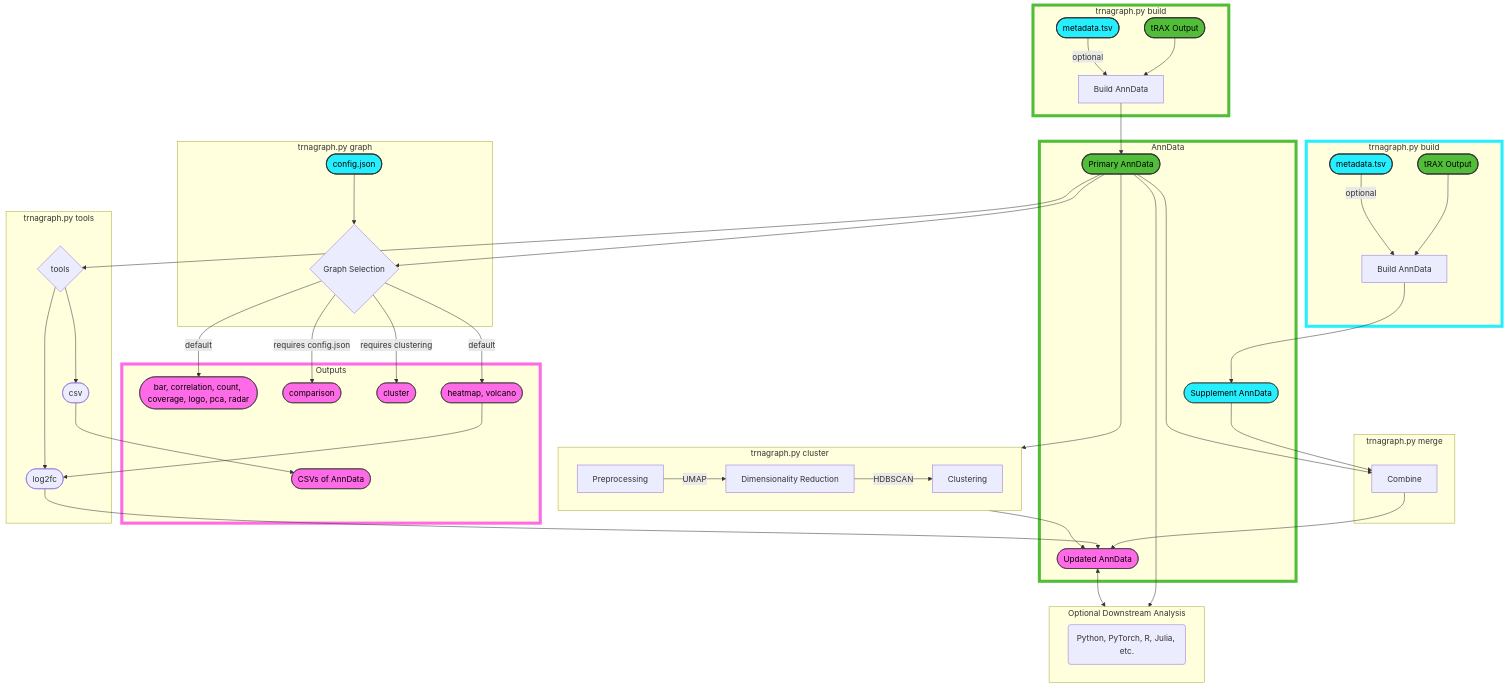
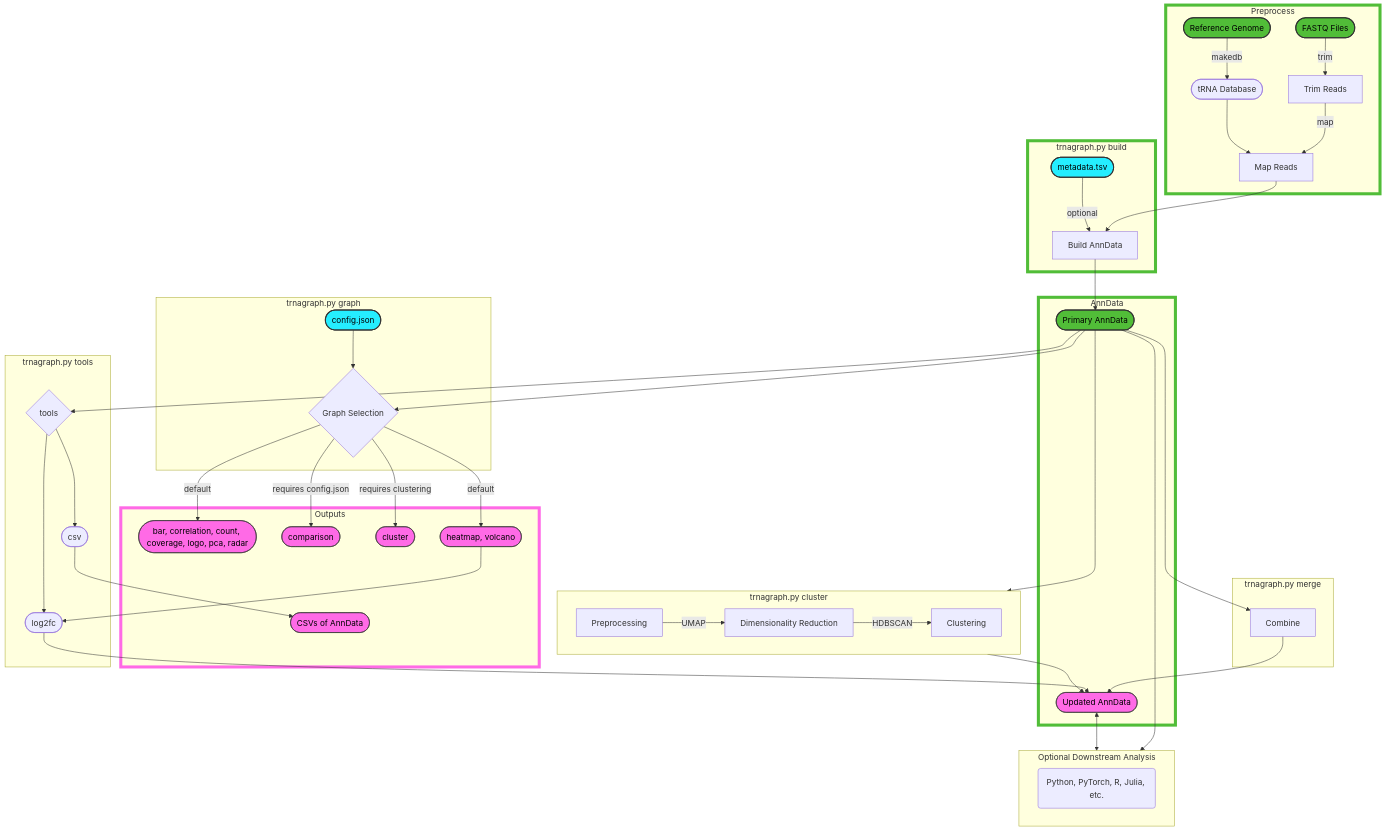
The diagram in README.md (alba1735/tRNAgraph), drawn with Mermaid before and after one commit. The commit also changed other lines of this file and 9 other files, not shown here.

````diff
--- a/README.md
+++ b/README.md
@@ -14,73 +14,70 @@
 ```mermaid
     %%{ init: { 'flowchart': { 'curve': 'basis' } } }%%
     flowchart TD
+      subgraph sg0 [Preprocess]
+        F([FASTQ Files]) -->|trim| P1[Trim Reads]
+        P1 -->|map| P2[Map Reads]
+        R([Reference Genome]) -->|makedb| D([tRNA Database])
+        D --> P2
+      end
       subgraph sg1 [trnagraph.py build]
-        I1([tRAX Output]) --> B[Build AnnData]
+        P2 --> B[Build AnnData]
         M([metadata.tsv]) -->|optional| B
       end
-      subgraph sg1.1 [trnagraph.py build]
-        I1.1([tRAX Output]) --> B.1[Build AnnData]
-        M.1([metadata.tsv]) -->|optional| B.1
-      end
       B --> I2
-      B.1 --> I2.1
       subgraph O [Outputs]
         G1
         G2
         G3
         G4
-        D([CSVs of AnnData])
+        D1([CSVs of AnnData])
       end
       subgraph sgI1 [AnnData]
         I2([Primary AnnData])
-        I2.1([Supplement AnnData])
         I2.2([Updated AnnData])
       end
       I2 --> sg3
       subgraph sg3 [trnagraph.py cluster]
         C1[Preprocessing] -->|UMAP| C2[Dimensionality Reduction] -->|HDBSCAN| C3[Clustering]
       end
       sg3 --> I2.2
-      I2.1([Supplement AnnData]) --> C
       I2 --> C
       subgraph sg4 [trnagraph.py merge]
         C[Combine]
       end
       C --> I2.2
       I2 --> G{Graph Selection}
       subgraph sg5 [trnagraph.py tools]
         T --> L([log2fc])
-        T --> D1([csv]) --> D
+        T --> D2([csv]) --> D1
       end
       I2 --> T{tools}
       subgraph sg2 [trnagraph.py graph]
         G -->|default| G1([bar, correlation, count, coverage, logo, pca, radar])
         G -->|default| G4([heatmap, volcano]) --> L([log2fc]) --> I2.2
         G -->|requires config.json| G2([comparison])
         G -->|requires clustering| G3([cluster])
         J([config.json]) --> G
       end
       subgraph sg1.2 [Optional Downstream Analysis]
         direction LR
         R1(Python, PyTorch, R, Julia, etc.)
       end
       I2 --> sg1.2
       I2.2 <--> sg1.2
-      style I1 fill:#51BD38,stroke:#333,stroke-width:2px,color:#000000
-      style I1.1 fill:#51BD38,stroke:#333,stroke-width:2px,color:#000000
+      style F fill:#51BD38,stroke:#333,stroke-width:2px,color:#000000
+      style R fill:#51BD38,stroke:#333,stroke-width:2px,color:#000000
       style M fill:#25EEFF,stroke:#333,stroke-width:2px,color:#000000
-      style M.1 fill:#25EEFF,stroke:#333,stroke-width:2px,color:#000000
       style J fill:#25EEFF,stroke:#333,stroke-width:2px,color:#000000
-      style D fill:#FF6AE6,stroke:#333,color:#000000
+      style D1 fill:#FF6AE6,stroke:#333,color:#000000
       style G1 fill:#FF6AE6,stroke:#333,color:#000000
       style G2 fill:#FF6AE6,stroke:#333,color:#000000
       style G3 fill:#FF6AE6,stroke:#333,color:#000000
       style G4 fill:#FF6AE6,stroke:#333,color:#000000
       style I2 fill:#51BD38,stroke:#333,stroke-width:2px,color:#000000
-      style I2.1 fill:#25EEFF,stroke:#333,color:#000000
       style I2.2 fill:#FF6AE6,stroke:#333,color:#000000
-      style sg1.1 stroke:#25EEFF,stroke-width:6px
       style O stroke:#FF6AE6,stroke-width:6px
       style sg1 stroke:#51BD38,stroke-width:6px
       style sgI1 stroke:#51BD38,stroke-width:6px
+      style sg0 stroke:#51BD38,stroke-width:6px
 ```
````
